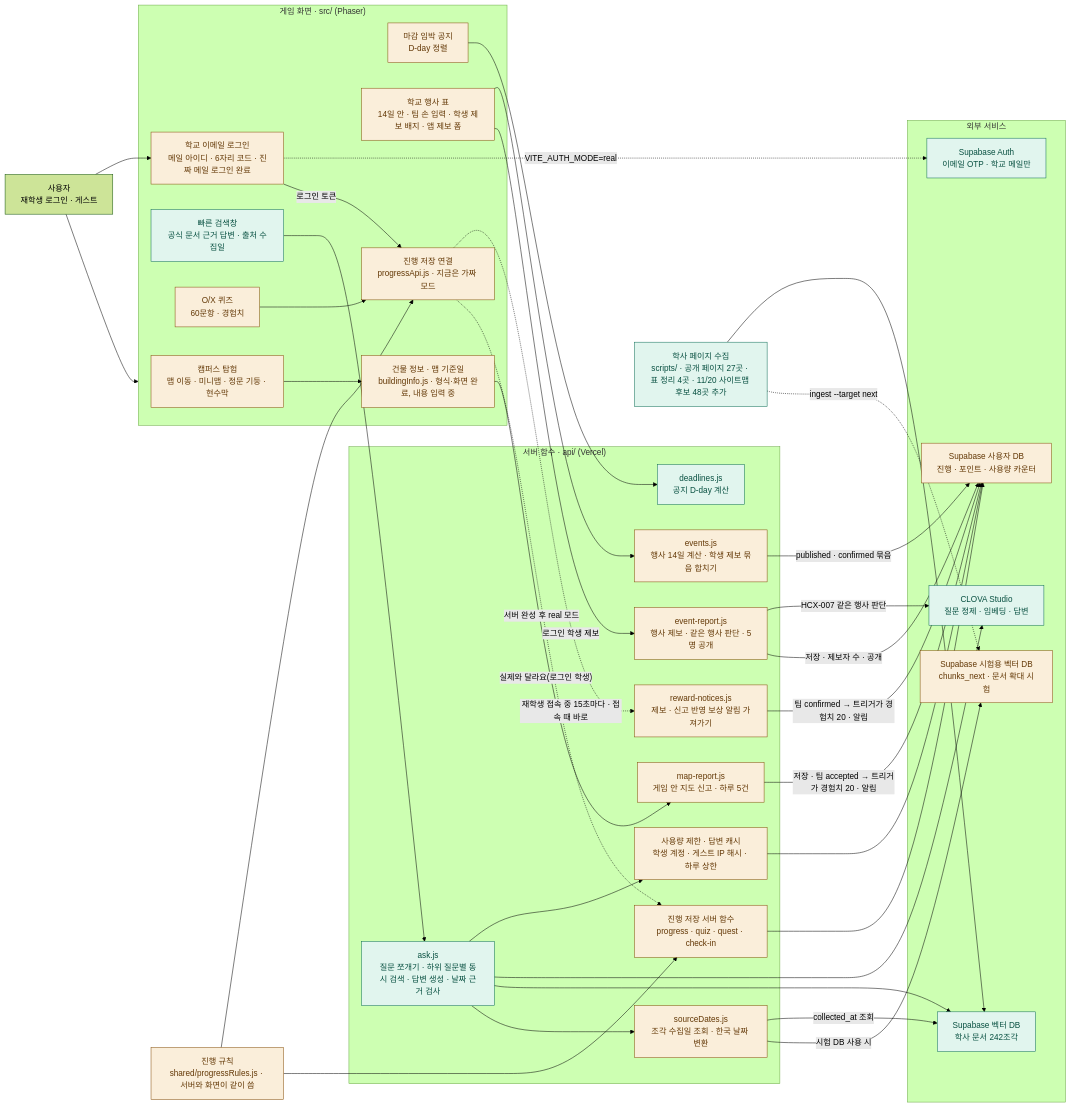
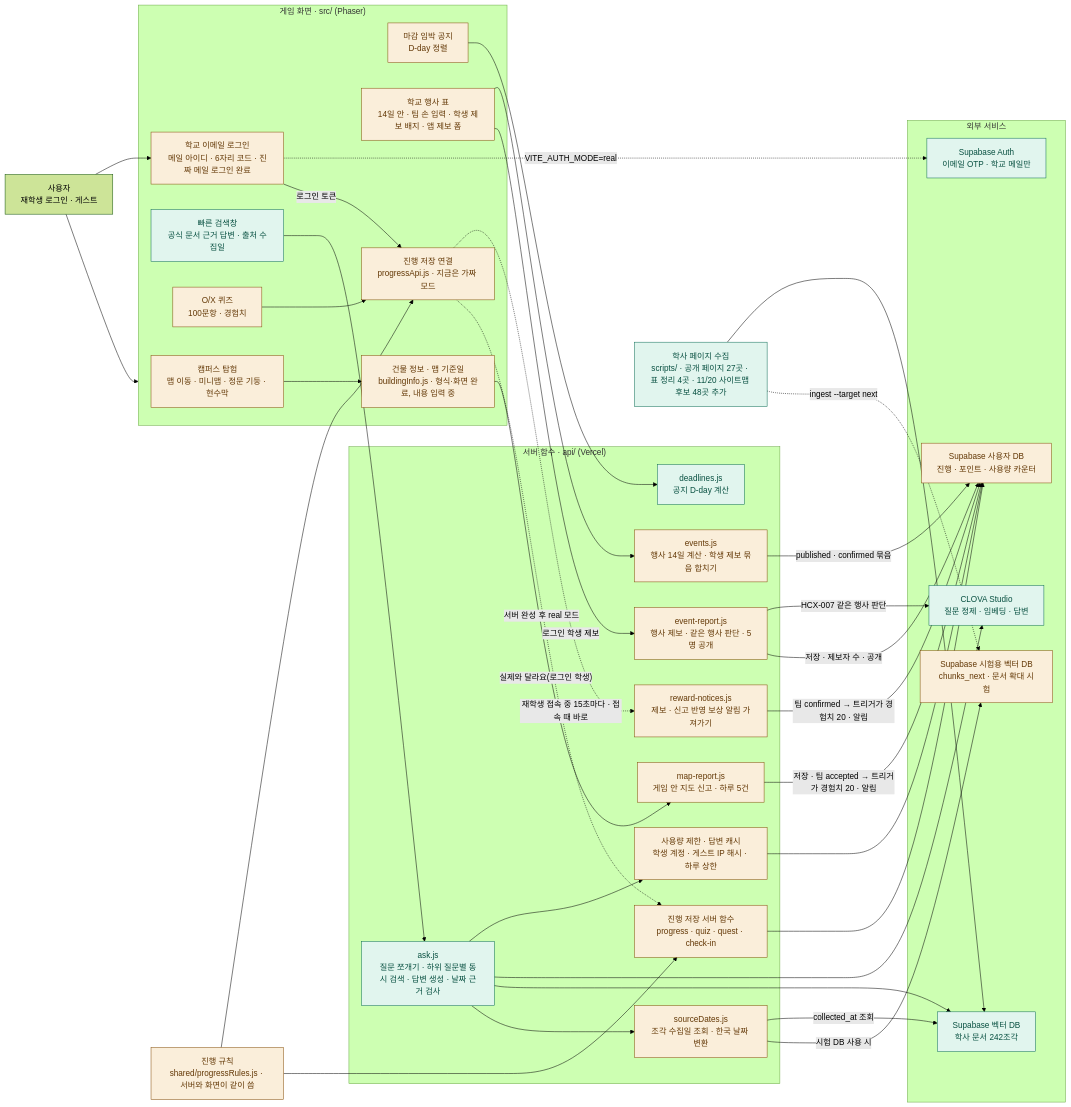
Before and after one commit to 202502859-source/hufs-quest: the diagram in docs/ARCHITECTURE.md, drawn with Mermaid (forest theme). The commit also changed 7 other files, not shown here.

````diff
--- a/docs/ARCHITECTURE.md
+++ b/docs/ARCHITECTURE.md
@@ -8,77 +8,77 @@
 ```mermaid
 flowchart LR
     user["사용자<br/>재학생 로그인 · 게스트"]
 
     subgraph game["게임 화면 · src/ (Phaser)"]
         explore["캠퍼스 탐험<br/>맵 이동 · 미니맵 · 정문 기둥 · 현수막"]
         search["빠른 검색창<br/>공식 문서 근거 답변 · 출처 수집일"]
-        quiz["O/X 퀴즈<br/>60문항 · 경험치"]
+        quiz["O/X 퀴즈<br/>100문항 · 경험치"]
         notice["마감 임박 공지<br/>D-day 정렬"]
         events["학교 행사 표<br/>14일 안 · 팀 손 입력 · 학생 제보 배지 · 앱 제보 폼"]
         mapInfo["건물 정보 · 맵 기준일<br/>buildingInfo.js · 형식·화면 완료, 내용 입력 중"]
         progress["진행 저장 연결<br/>progressApi.js · 지금은 가짜 모드"]
         login["학교 이메일 로그인<br/>메일 아이디 · 6자리 코드 · 진짜 메일 로그인 완료"]
     end
 
     rules["진행 규칙<br/>shared/progressRules.js · 서버와 화면이 같이 씀"]
 
     subgraph server["서버 함수 · api/ (Vercel)"]
         ask["ask.js<br/>질문 쪼개기 · 하위 질문별 동시 검색 · 답변 생성 · 날짜 근거 검사"]
         sourceDates["sourceDates.js<br/>조각 수집일 조회 · 한국 날짜 변환"]
         deadlines["deadlines.js<br/>공지 D-day 계산"]
         eventsApi["events.js<br/>행사 14일 계산 · 학생 제보 묶음 합치기"]
         eventReport["event-report.js<br/>행사 제보 · 같은 행사 판단 · 5명 공개"]
         rewardNotice["reward-notices.js<br/>제보 · 신고 반영 보상 알림 가져가기"]
         mapReport["map-report.js<br/>게임 안 지도 신고 · 하루 5건"]
         newApi["진행 저장 서버 함수<br/>progress · quiz · quest · check-in"]
         limiter["사용량 제한 · 답변 캐시<br/>학생 계정 · 게스트 IP 해시 · 하루 상한"]
     end
 
     subgraph external["외부 서비스"]
         clova["CLOVA Studio<br/>질문 정제 · 임베딩 · 답변"]
         supaAuth["Supabase Auth<br/>이메일 OTP · 학교 메일만"]
         vector["Supabase 벡터 DB<br/>학사 문서 242조각"]
         userDb["Supabase 사용자 DB<br/>진행 · 포인트 · 사용량 카운터"]
         vectorNext["Supabase 시험용 벡터 DB<br/>chunks_next · 문서 확대 시험"]
     end
 
     collect["학사 페이지 수집<br/>scripts/ · 공개 페이지 27곳 · 표 정리 4곳 · 11/20 사이트맵 후보 48곳 추가"]
 
     user --> game
     user --> login
     login -.->|"VITE_AUTH_MODE=real"| supaAuth
     login -->|"로그인 토큰"| progress
     search --> ask
     notice --> deadlines
     events --> eventsApi
     events -->|"로그인 학생 제보"| eventReport
     eventsApi -->|"published · confirmed 묶음"| userDb
     eventReport -->|"HCX-007 같은 행사 판단"| clova
     eventReport -->|"저장 · 제보자 수 · 공개"| userDb
     progress -.->|"재학생 접속 중 15초마다 · 접속 때 바로"| rewardNotice
     rewardNotice -->|"팀 confirmed → 트리거가 경험치 20 · 알림"| userDb
     mapInfo -->|"실제와 달라요(로그인 학생)"| mapReport
     mapReport -->|"저장 · 팀 accepted → 트리거가 경험치 20 · 알림"| userDb
     quiz --> progress
     progress -.->|"서버 완성 후 real 모드"| newApi
     rules --> progress
     rules --> newApi
     explore --> mapInfo
     ask --> limiter
     limiter --> userDb
     ask --> clova
     ask --> vector
     ask --> sourceDates
     sourceDates -->|"collected_at 조회"| vector
     sourceDates -->|"시험 DB 사용 시"| vectorNext
     newApi --> userDb
     collect --> vector
     collect -.->|"ingest --target next"| vectorNext
 
     classDef done fill:#E1F5EE,stroke:#0F6E56,color:#085041
     classDef partial fill:#FAEEDA,stroke:#854F0B,color:#633806
     classDef todo fill:#FAECE7,stroke:#993C1D,color:#712B13,stroke-dasharray:5 3
 
     class search,ask,deadlines,clova,vector,collect,supaAuth done
     class explore,quiz,notice,progress,rules,userDb,login,limiter,mapInfo,newApi,vectorNext,events,eventsApi,sourceDates,eventReport,rewardNotice,mapReport partial
 ```
````
